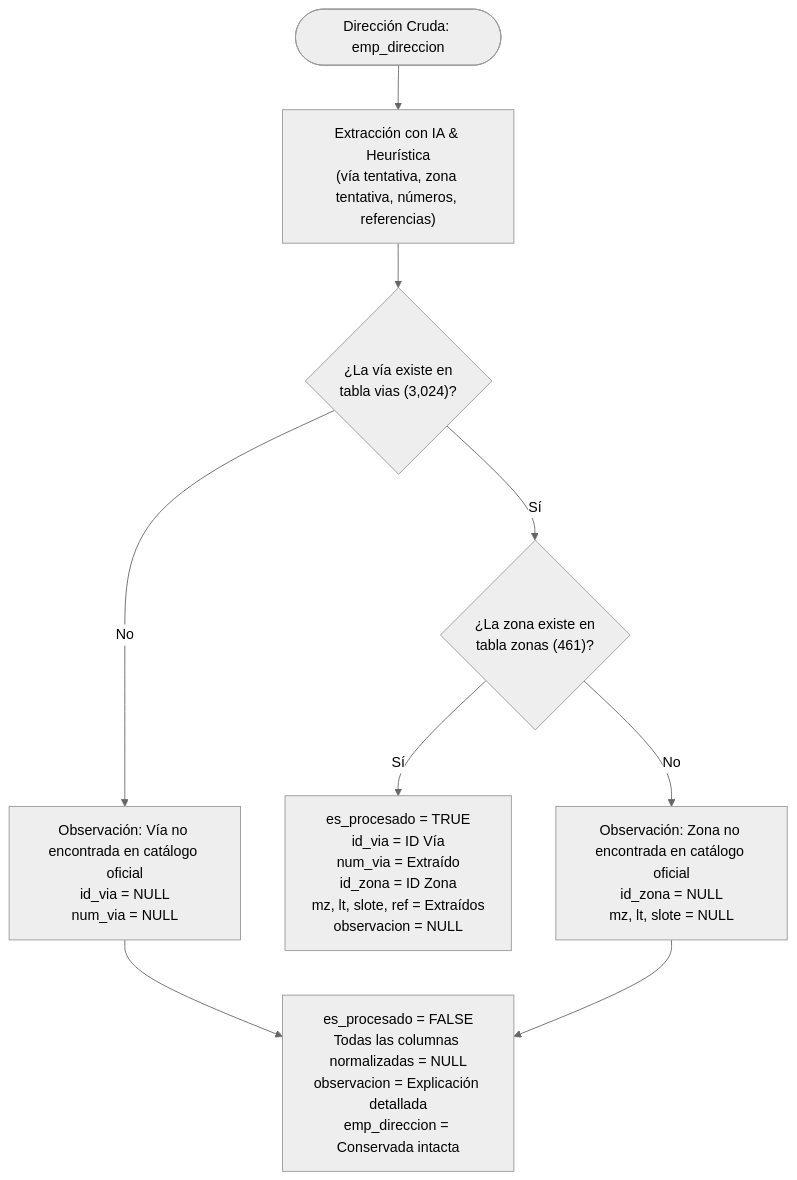
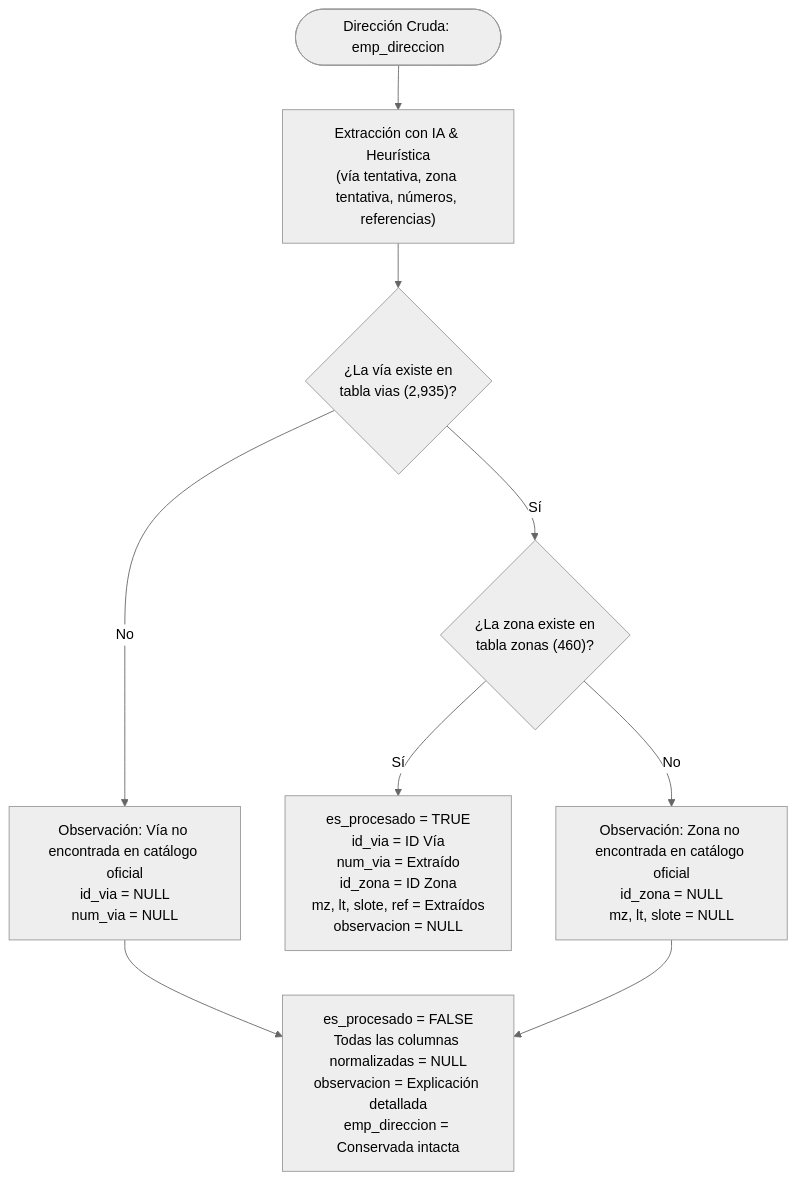
One commit to Chungm7/ETL_DIRECCIONES changed the second of 2 diagrams in docs/DIAGRAMA_BASE_DE_DATOS.md. Above: the diagram before and after it, drawn with Mermaid (neutral theme). The commit also changed other lines of this file and 14 other files, not shown here.

````diff
--- a/docs/DIAGRAMA_BASE_DE_DATOS.md
+++ b/docs/DIAGRAMA_BASE_DE_DATOS.md
@@ -77,14 +77,14 @@
 ```mermaid
 flowchart TD
     START(["Dirección Cruda: emp_direccion"]) --> EXTRACT["Extracción con IA & Heurística\n(vía tentativa, zona tentativa, números, referencias)"]
-    EXTRACT --> CHECK_VIAS{"¿La vía existe en\ntabla vias (3,024)?"}
+    EXTRACT --> CHECK_VIAS{"¿La vía existe en\ntabla vias (2,935)?"}
     
-    CHECK_VIAS -- Sí --> CHECK_ZONAS{"¿La zona existe en\ntabla zonas (461)?"}
+    CHECK_VIAS -- Sí --> CHECK_ZONAS{"¿La zona existe en\ntabla zonas (460)?"}
     CHECK_VIAS -- No --> RECHAZAR_VIA["Observación: Vía no encontrada en catálogo oficial\nid_via = NULL\nnum_via = NULL"]
     
     CHECK_ZONAS -- Sí --> EXITO["es_procesado = TRUE\nid_via = ID Vía\nnum_via = Extraído\nid_zona = ID Zona\nmz, lt, slote, ref = Extraídos\nobservacion = NULL"]
     CHECK_ZONAS -- No --> RECHAZAR_ZONA["Observación: Zona no encontrada en catálogo oficial\nid_zona = NULL\nmz, lt, slote = NULL"]
 
     RECHAZAR_VIA --> OBSERVAR["es_procesado = FALSE\nTodas las columnas normalizadas = NULL\nobservacion = Explicación detallada\nemp_direccion = Conservada intacta"]
     RECHAZAR_ZONA --> OBSERVAR
 ```
````
